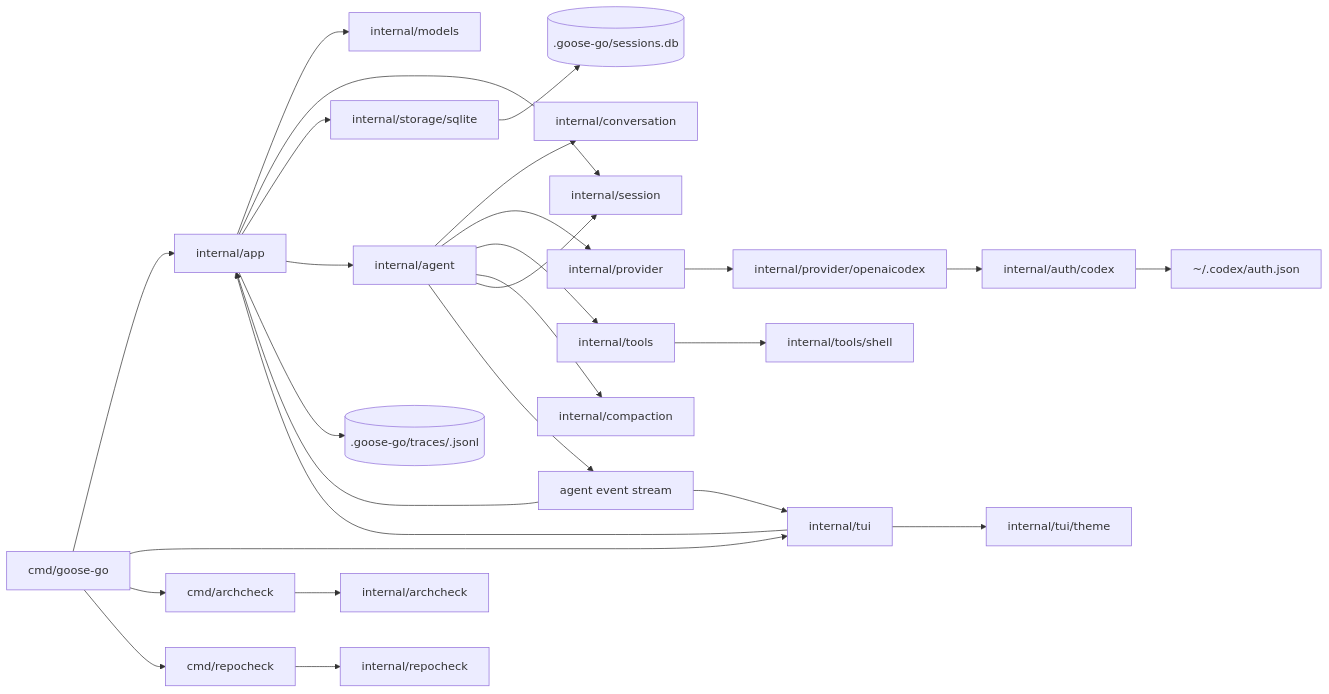
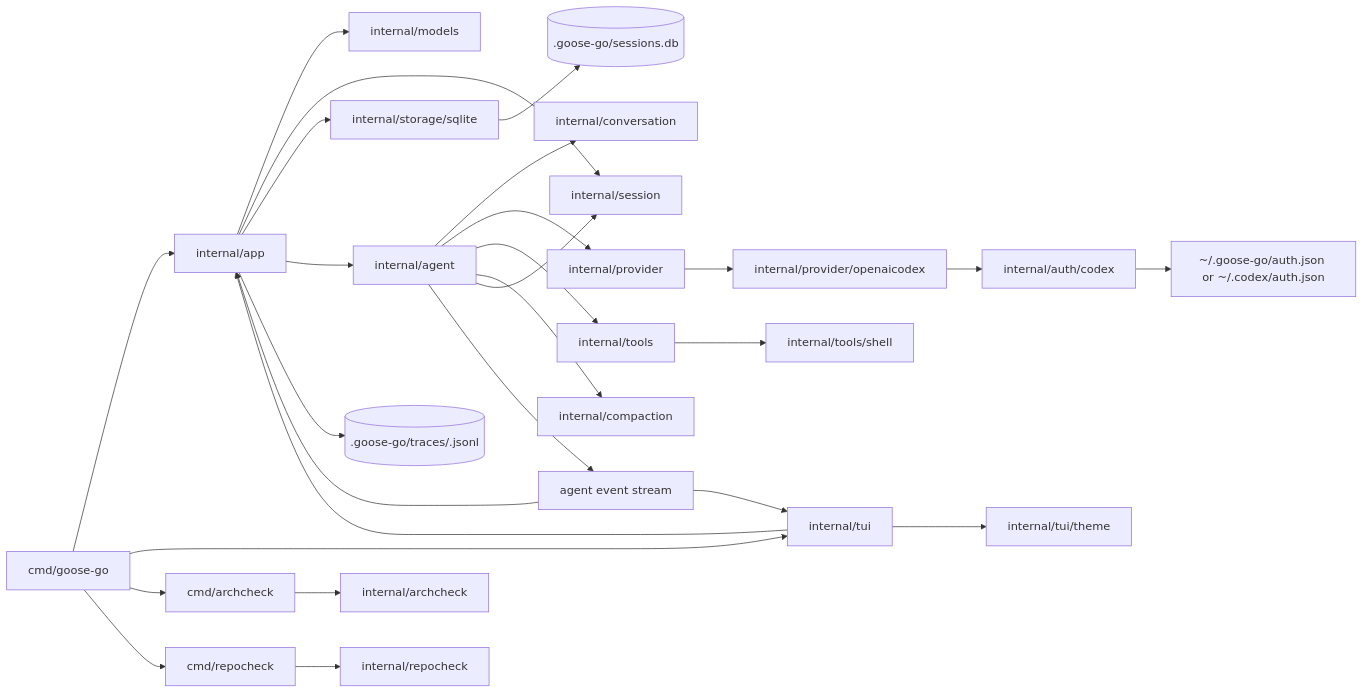
The first of 2 diagrams in docs/architecture.md (xren/goose-go), drawn with Mermaid before and after one commit. The commit also changed 13 other files, not shown here.

Commit message:
Add native Codex login flow and auth fallback

````diff
--- a/docs/architecture.md
+++ b/docs/architecture.md
@@ -78,34 +78,34 @@
 ```mermaid
 flowchart LR
     A["cmd/goose-go"] --> B["internal/app"]
     A --> T["internal/tui"]
     A --> AC["cmd/archcheck"]
     A --> RC["cmd/repocheck"]
     T --> B
 
     B --> M["internal/models"]
     B --> S["internal/session"]
     B --> ST["internal/storage/sqlite"]
     B --> C["internal/agent"]
     B --> TR[(".goose-go/traces/<session-id>.jsonl")]
 
     C --> CV["internal/conversation"]
     C --> P["internal/provider"]
     C --> TO["internal/tools"]
     C --> CP["internal/compaction"]
     C --> S
 
     P --> OPC["internal/provider/openaicodex"]
     OPC --> AU["internal/auth/codex"]
-    AU --> AF["~/.codex/auth.json"]
+    AU --> AF["~/.goose-go/auth.json or ~/.codex/auth.json"]
 
     TO --> SH["internal/tools/shell"]
     ST --> DB[(".goose-go/sessions.db")]
 
     C --> EV["agent event stream"]
     EV --> B
     EV --> T
     T --> TH["internal/tui/theme"]
     AC --> ACH["internal/archcheck"]
     RC --> RCH["internal/repocheck"]
 ```
````
